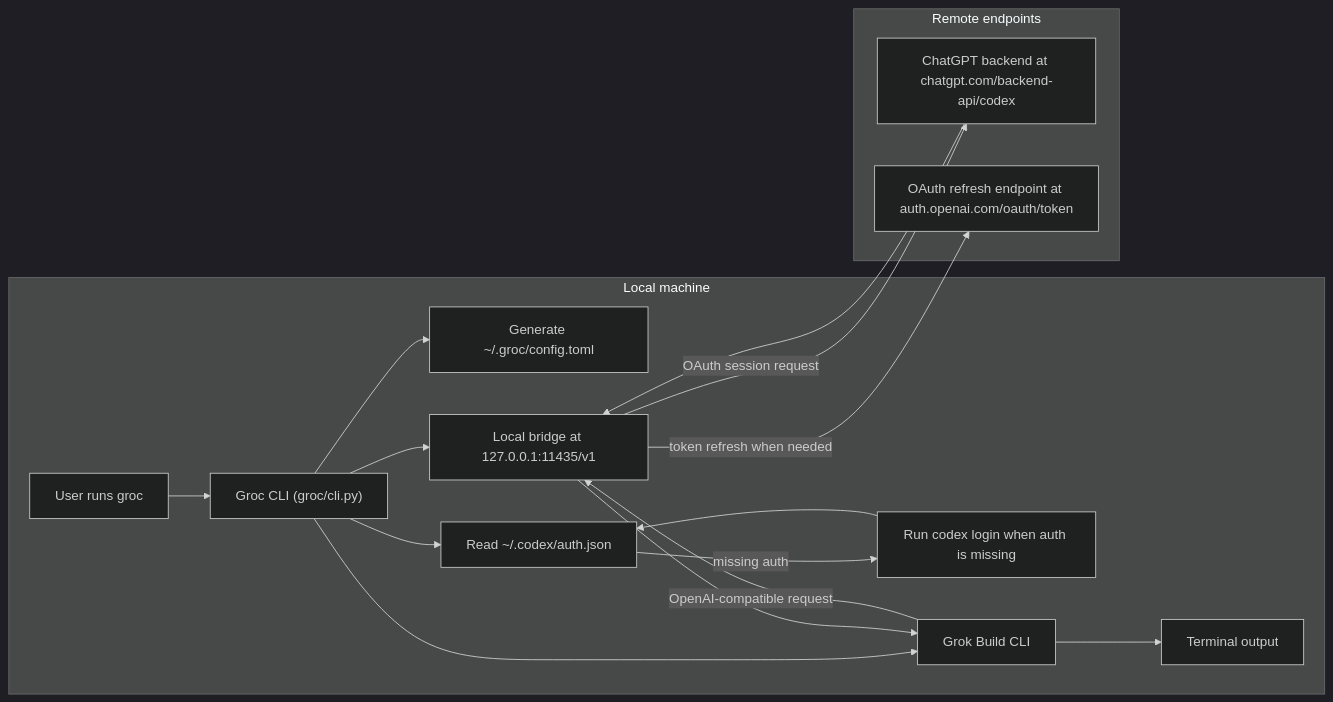
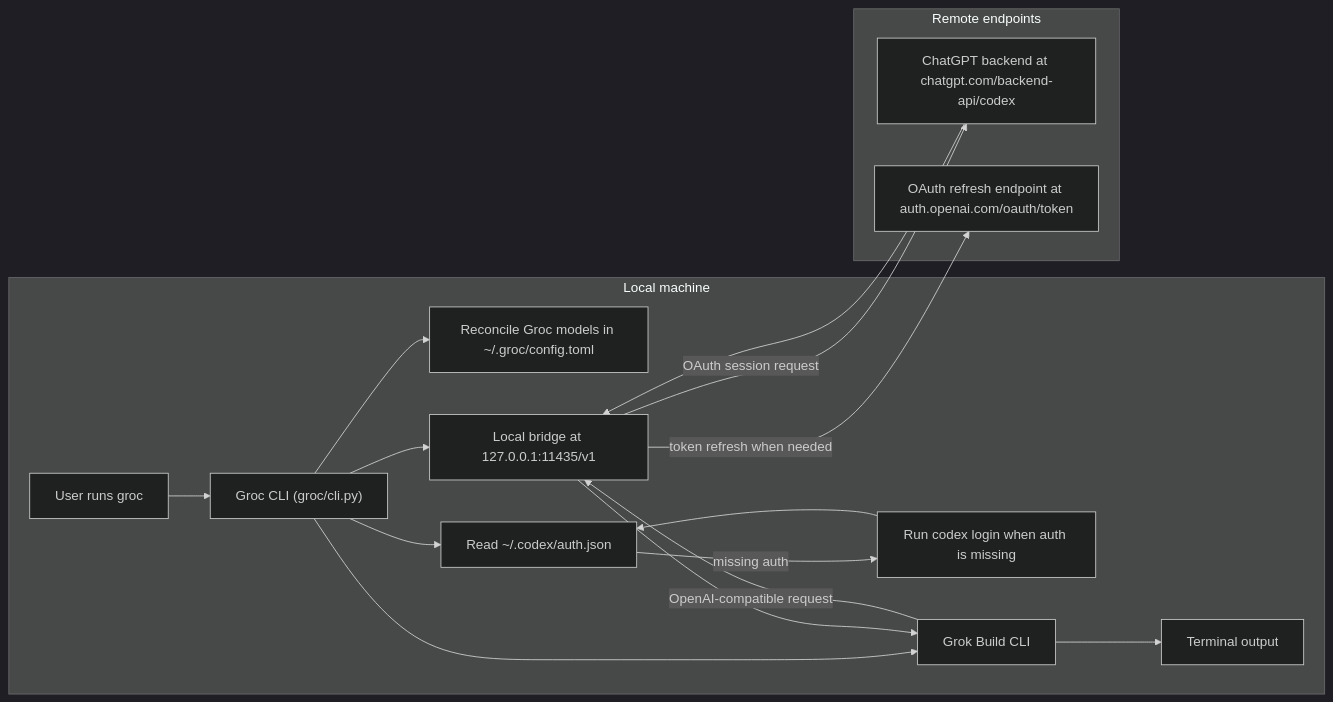
Before and after one commit to CoinAnole/groc: the diagram in README.md, drawn with Mermaid (dark theme). The commit also changed other lines of this file and 14 other files, not shown here.

````diff
--- a/README.md
+++ b/README.md
@@ -247,32 +251,32 @@
 ```mermaid
 flowchart LR
   subgraph local["Local machine"]
     U["User runs groc"]
     CLI["Groc CLI (groc/cli.py)"]
-    CFG["Generate ~/.groc/config.toml"]
+    CFG["Reconcile Groc models in ~/.groc/config.toml"]
     AUTH["Read ~/.codex/auth.json"]
     LOGIN["Run codex login when auth is missing"]
     BRIDGE["Local bridge at 127.0.0.1:11435/v1"]
     GB["Grok Build CLI"]
     UI["Terminal output"]
   end
 
   subgraph remote["Remote endpoints"]
     CHATGPT["ChatGPT backend at chatgpt.com/backend-api/codex"]
     REFRESH["OAuth refresh endpoint at auth.openai.com/oauth/token"]
   end
 
   U --> CLI
   CLI --> CFG
   CLI --> AUTH
   AUTH -- "missing auth" --> LOGIN
   LOGIN --> AUTH
   CLI --> BRIDGE
   CLI --> GB
   GB -- "OpenAI-compatible request" --> BRIDGE
   BRIDGE -- "OAuth session request" --> CHATGPT
   BRIDGE -- "token refresh when needed" --> REFRESH
   CHATGPT --> BRIDGE
   BRIDGE --> GB
   GB --> UI
 ```
````
